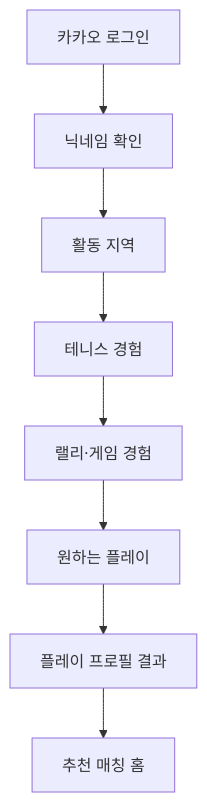
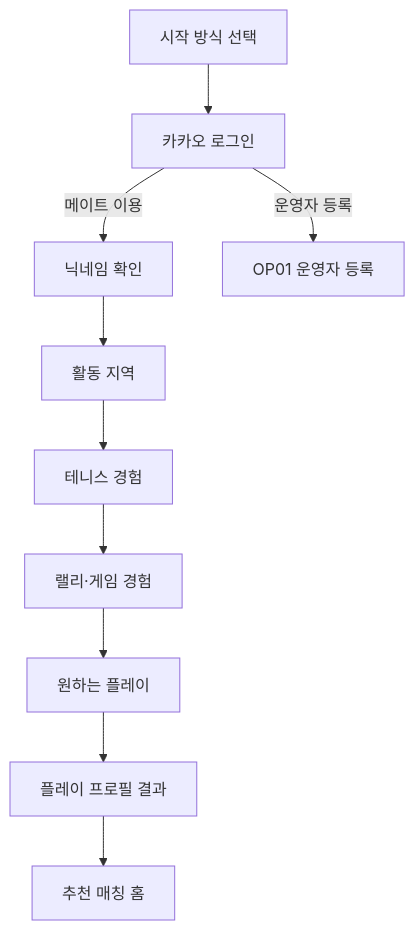
One commit to jsl0319/tennis-mate changed the first of 3 diagrams in docs/03-screen-spec.md. Above: the diagram before and after it, drawn with Mermaid. The commit also changed other lines of this file and 10 other files, not shown here.

Commit message:
feat: add role-aware entry flow

````diff
--- a/docs/03-screen-spec.md
+++ b/docs/03-screen-spec.md
@@ -112,10 +112,12 @@
 ```mermaid
 flowchart TD
-    A["카카오 로그인"] --> B["닉네임 확인"]
-    B --> C["활동 지역"]
-    C --> D["테니스 경험"]
-    D --> E["랠리·게임 경험"]
-    E --> F["원하는 플레이"]
-    F --> G["플레이 프로필 결과"]
-    G --> H["추천 매칭 홈"]
+    A["시작 방식 선택"] --> B["카카오 로그인"]
+    B -->|메이트 이용| C["닉네임 확인"]
+    C --> D["활동 지역"]
+    D --> E["테니스 경험"]
+    E --> F["랠리·게임 경험"]
+    F --> G["원하는 플레이"]
+    G --> H["플레이 프로필 결과"]
+    H --> I["추천 매칭 홈"]
+    B -->|운영자 등록| J["OP01 운영자 등록"]
 ```
````
